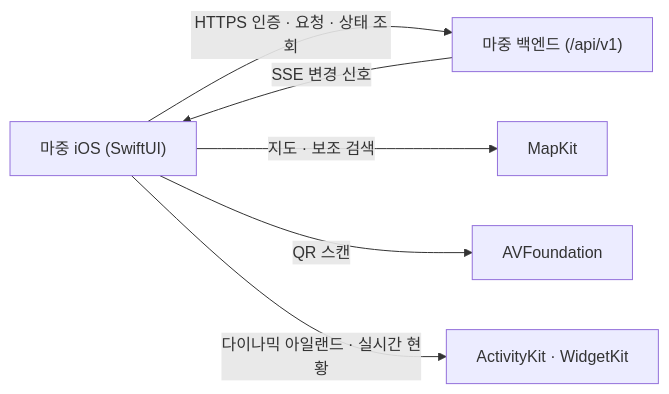
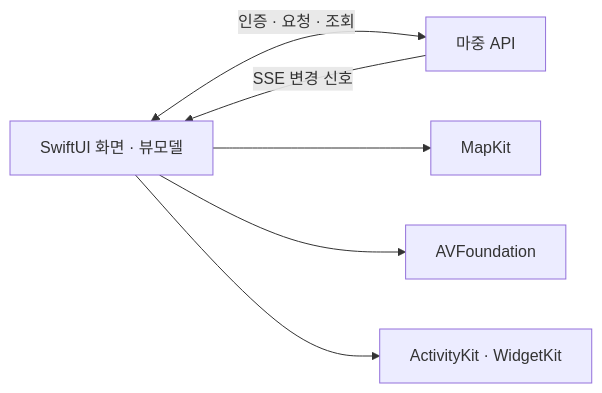
Before and after one commit to majung-team/majung-ios: the diagram in README.md, drawn with Mermaid. The commit also changed other lines of this file, not shown here.

````diff
--- a/README.md
+++ b/README.md
@@ -39,8 +61,8 @@
 ```mermaid
 flowchart LR
-    iOS["마중 iOS (SwiftUI)"] -->|"HTTPS 인증 · 요청 · 상태 조회"| API["마중 백엔드 (/api/v1)"]
-    API -->|"SSE 변경 신호"| iOS
-    iOS -->|"지도 · 보조 검색"| Map["MapKit"]
-    iOS -->|"QR 스캔"| Cam["AVFoundation"]
-    iOS -->|"다이나믹 아일랜드 · 실시간 현황"| Live["ActivityKit · WidgetKit"]
+    App["SwiftUI 화면 · 뷰모델"] <-->|"인증 · 요청 · 조회"| API["마중 API"]
+    API -->|"SSE 변경 신호"| App
+    App --> Map["MapKit"]
+    App --> QR["AVFoundation"]
+    App --> Live["ActivityKit · WidgetKit"]
 ```
````
